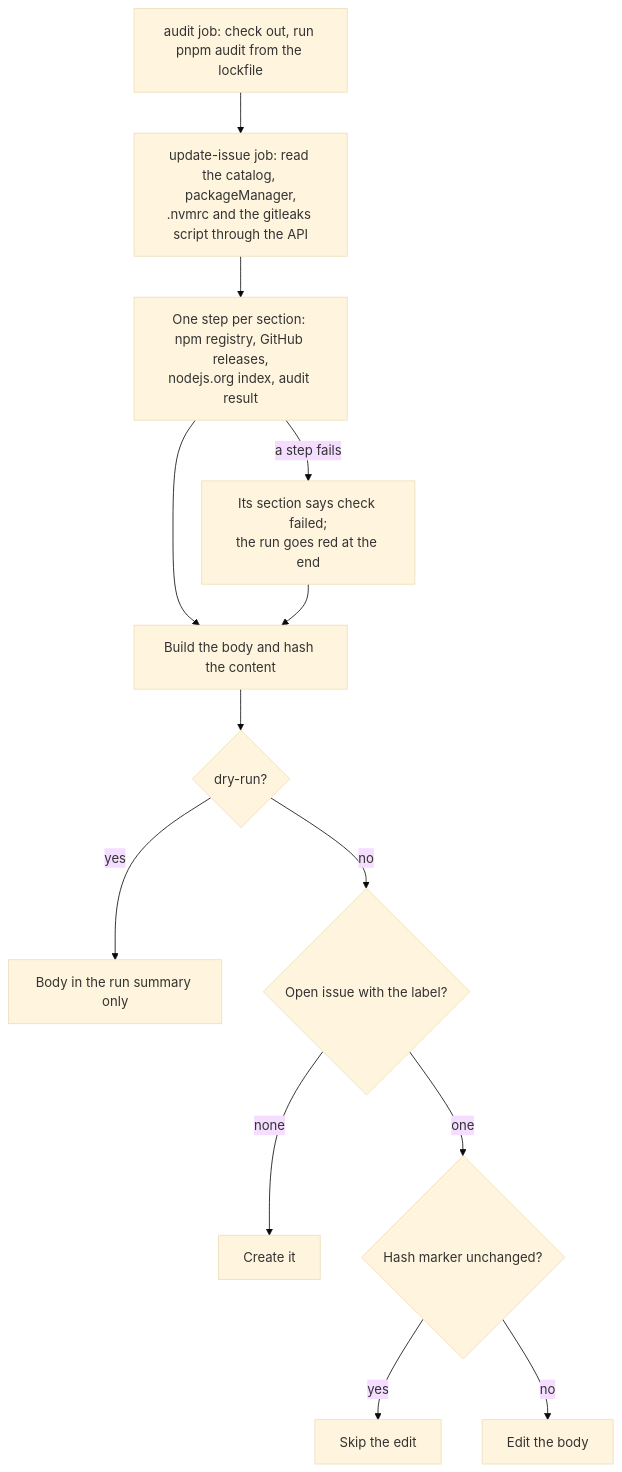
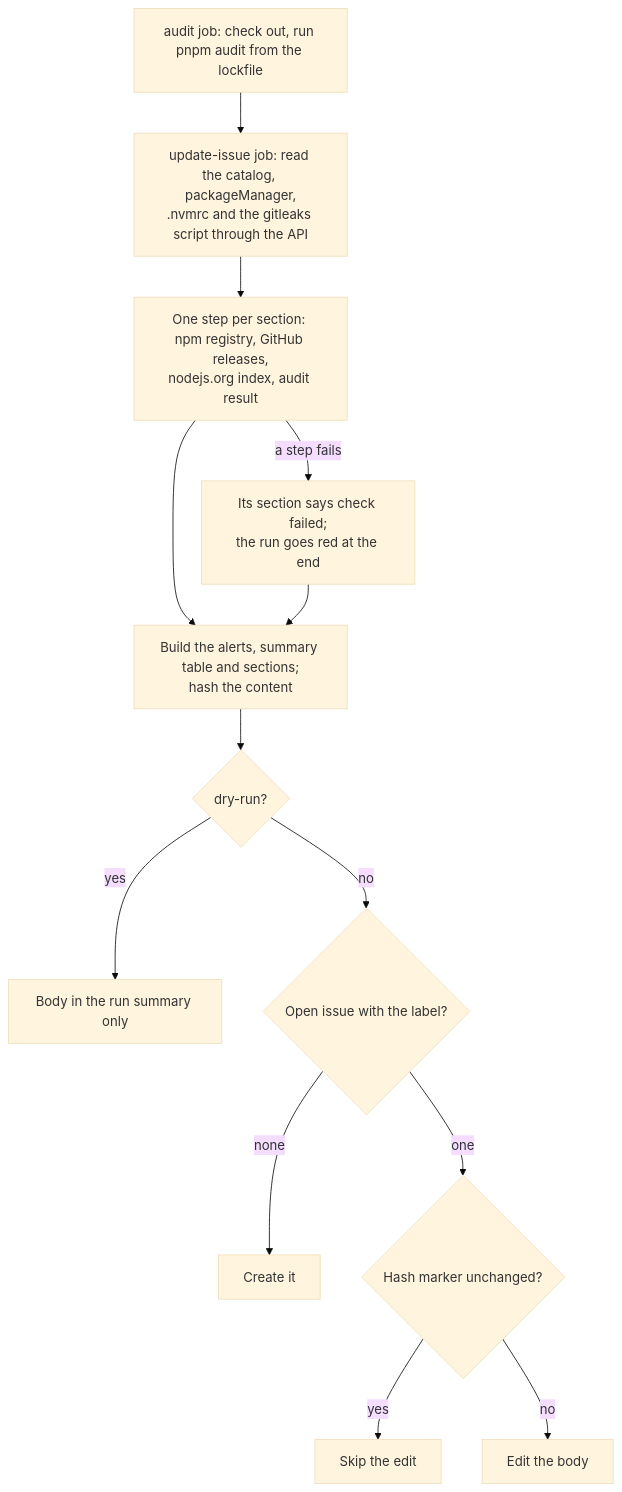
Before and after one commit to valuecodes/automation: the diagram in README.md, drawn with Mermaid (base theme). The commit also changed other lines of this file and 1 other file, not shown here.

Commit message:
feat: add a summary table and alerts to the dashboard issue

````diff
--- a/README.md
+++ b/README.md
@@ -37,15 +43,15 @@
 ```mermaid
 flowchart TD
     A[audit job: check out, run pnpm audit from the lockfile] --> B[update-issue job: read the catalog, packageManager,<br>.nvmrc and the gitleaks script through the API]
     B --> C[One step per section: npm registry, GitHub releases,<br>nodejs.org index, audit result]
     C -- a step fails --> C2[Its section says check failed;<br>the run goes red at the end]
-    C --> D[Build the body and hash the content]
+    C --> D[Build the alerts, summary table and sections;<br>hash the content]
     C2 --> D
     D --> DR{dry-run?}
     DR -- yes --> Z2[Body in the run summary only]
     DR -- no --> E{Open issue with the label?}
     E -- none --> F[Create it]
     E -- one --> G{Hash marker unchanged?}
     G -- yes --> Z[Skip the edit]
     G -- no --> H[Edit the body]
 ```
````
